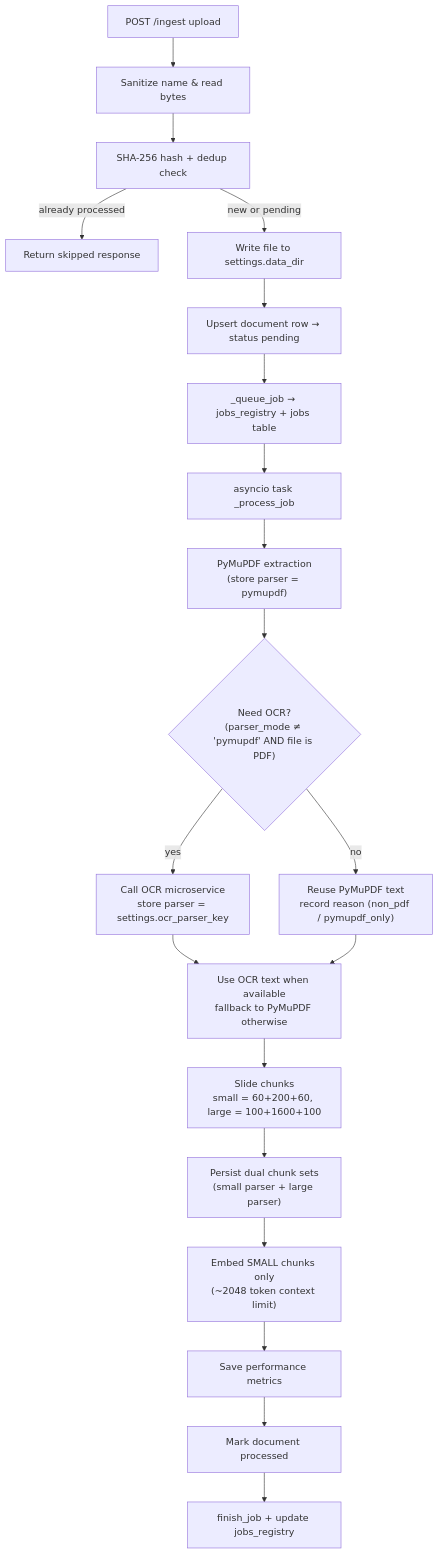
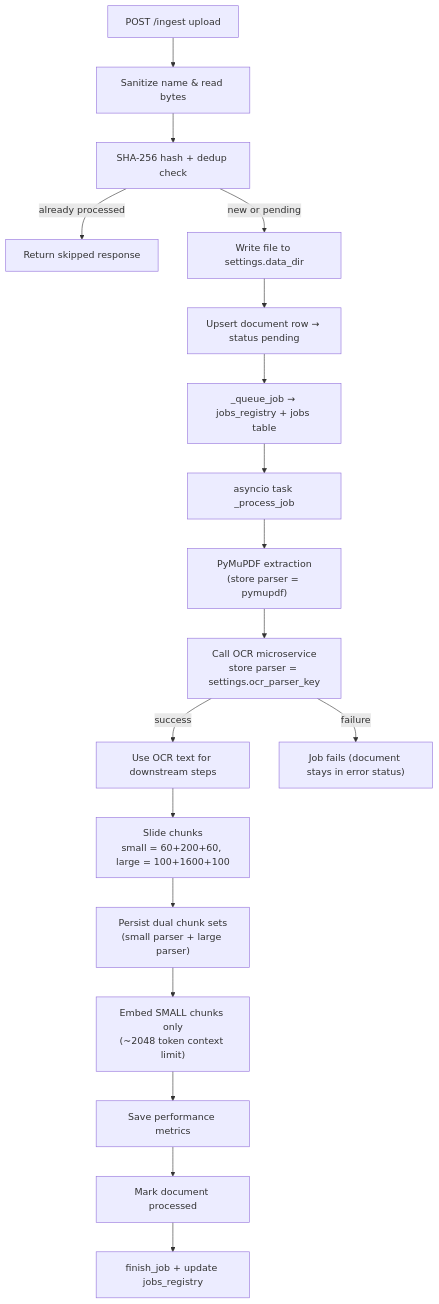
The diagram in ingestion.md (nobody-qwert/zzz_rag_xxx), drawn with Mermaid before and after one commit. The commit also changed other lines of this file and 4 other files, not shown here.

````diff
--- a/ingestion.md
+++ b/ingestion.md
@@ -64,22 +62,20 @@
 ```mermaid
 flowchart TD
     A["POST /ingest upload"] --> B["Sanitize name & read bytes"]
     B --> C["SHA-256 hash + dedup check"]
     C -->|already processed| C2["Return skipped response"]
     C -->|new or pending| D["Write file to settings.data_dir"]
     D --> E["Upsert document row → status pending"]
     E --> F["_queue_job → jobs_registry + jobs table"]
     F --> G["asyncio task _process_job"]
     G --> H["PyMuPDF extraction\n(store parser = pymupdf)"]
-    H --> I{"Need OCR?\n(parser_mode ≠ 'pymupdf' AND file is PDF)"}
-    I -->|yes| J["Call OCR microservice\nstore parser = settings.ocr_parser_key"]
-    I -->|no| K["Reuse PyMuPDF text\nrecord reason (non_pdf / pymupdf_only)"]
-    J --> L["Use OCR text when available\nfallback to PyMuPDF otherwise"]
-    K --> L
+    H --> I["Call OCR microservice\nstore parser = settings.ocr_parser_key"]
+    I -->|success| L["Use OCR text for downstream steps"]
+    I -->|failure| ERR["Job fails (document stays in error status)"]
     L --> M["Slide chunks\nsmall = 60+200+60, large = 100+1600+100"]
     M --> N["Persist dual chunk sets\n(small parser + large parser)"]
     N --> O["Embed SMALL chunks only\n(~2048 token context limit)"]
     O --> P["Save performance metrics"]
     P --> Q["Mark document processed"]
     Q --> R["finish_job + update jobs_registry"]
 ```
````
